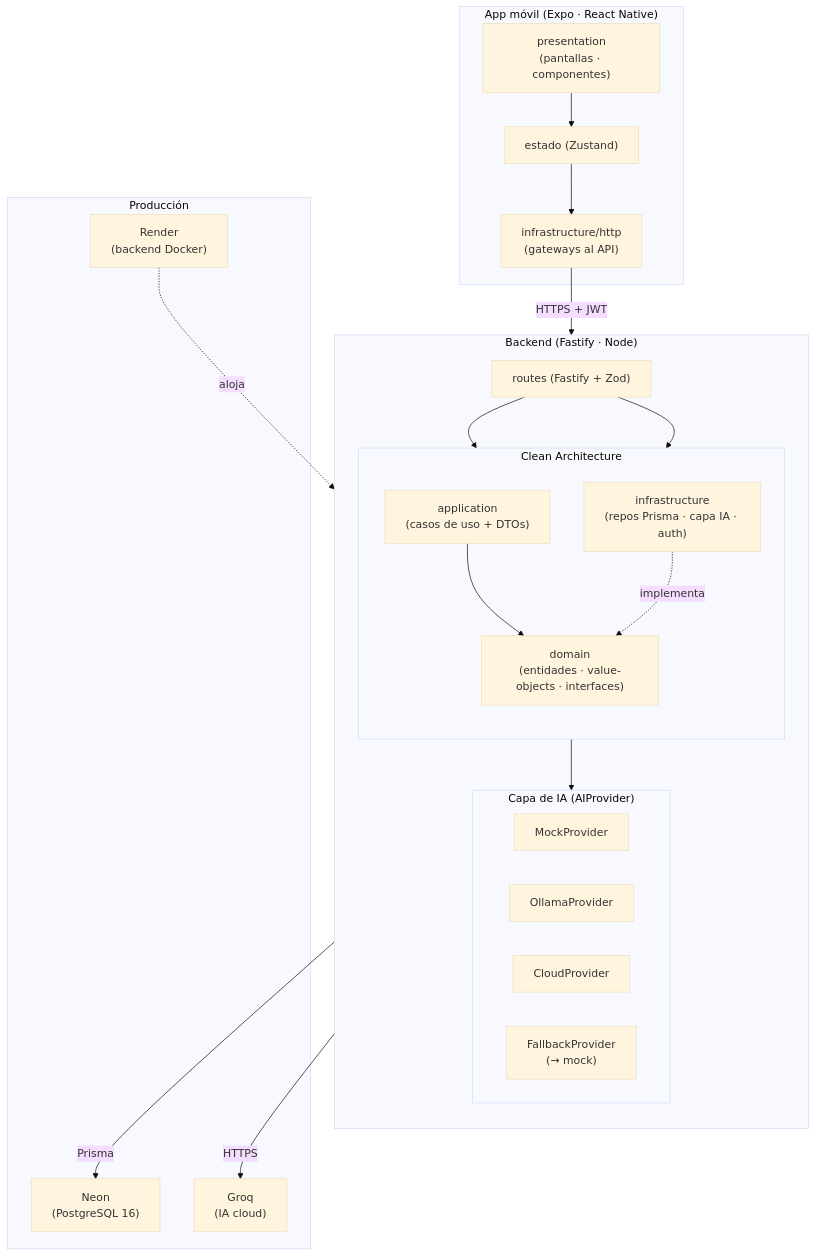
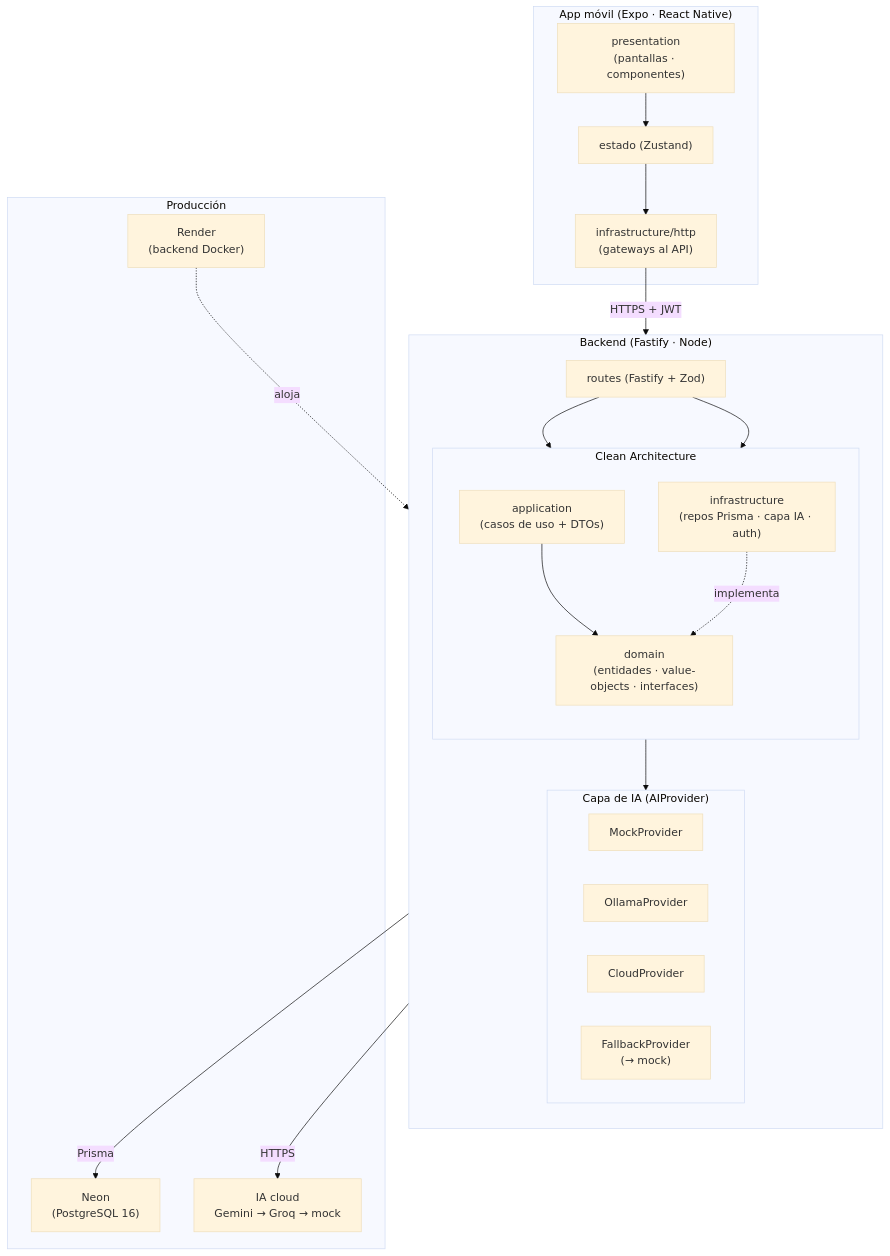
The diagram in README.md (Mithor86-2/magyblobapp), drawn with Mermaid (base theme) before and after one commit. The commit also changed other lines of this file and 5 other files, not shown here.

First line of the commit message:
docs: refleja la cascada cloud Gemini→Groq→mock (US-99) en docs generales

````diff
--- a/README.md
+++ b/README.md
@@ -131,43 +133,43 @@
 ```mermaid
 flowchart TB
   subgraph app["App móvil (Expo · React Native)"]
     UI["presentation<br/>(pantallas · componentes)"]
     ST["estado (Zustand)"]
     HTTP["infrastructure/http<br/>(gateways al API)"]
     UI --> ST --> HTTP
   end
 
   subgraph backend["Backend (Fastify · Node)"]
     direction TB
     R["routes (Fastify + Zod)"]
     subgraph clean["Clean Architecture"]
       direction TB
       APP["application<br/>(casos de uso + DTOs)"]
       DOM["domain<br/>(entidades · value-objects · interfaces)"]
       INFRA["infrastructure<br/>(repos Prisma · capa IA · auth)"]
       APP --> DOM
       INFRA -.implementa.-> DOM
     end
     R --> APP
     R --> INFRA
     subgraph ai["Capa de IA (AIProvider)"]
       direction LR
       MOCK["MockProvider"]
       LOCAL["OllamaProvider"]
       CLOUD["CloudProvider"]
       FB["FallbackProvider<br/>(→ mock)"]
     end
     INFRA --> ai
   end
 
   subgraph prod["Producción"]
     RENDER["Render<br/>(backend Docker)"]
     NEON["Neon<br/>(PostgreSQL 16)"]
-    GROQ["Groq<br/>(IA cloud)"]
+    GROQ["IA cloud<br/>Gemini → Groq → mock"]
   end
 
   HTTP -->|"HTTPS + JWT"| R
   INFRA -->|"Prisma"| NEON
   CLOUD -->|"HTTPS"| GROQ
   RENDER -.aloja.-> backend
 ```
````
